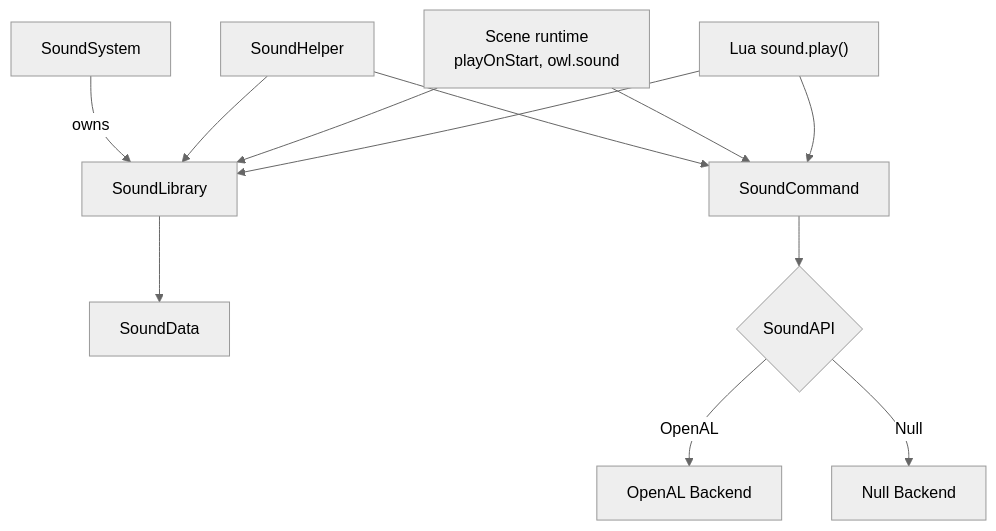
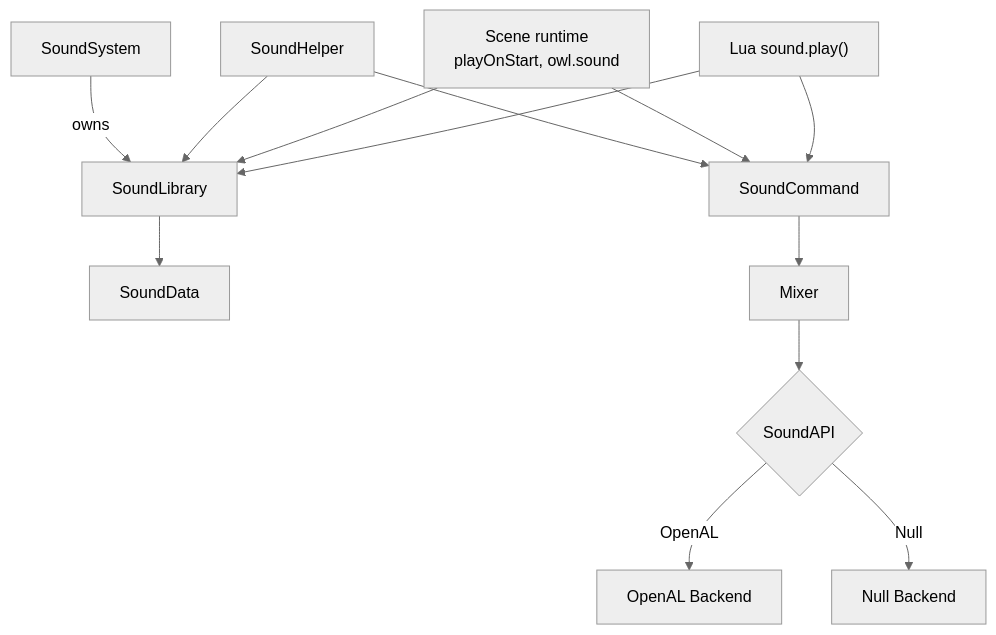
The first of 2 diagrams in doc/pages/sound.md (Silmaen/Owl), drawn with Mermaid (neutral theme) before and after one commit. The commit also changed other lines of this file and 109 other files, not shown here.

````diff
--- a/doc/pages/sound.md
+++ b/doc/pages/sound.md
@@ -16,14 +19,15 @@
 ```mermaid
 flowchart TD
     Lua["Lua sound.play()"] --> SC[SoundCommand]
     Scene["Scene runtime<br/>playOnStart, owl.sound"] --> SC
     SH[SoundHelper] --> SC
     Lua --> SL[SoundLibrary]
     Scene --> SL
     SH --> SL
     SY[SoundSystem] -->|owns| SL
     SL --> SD[SoundData]
-    SC --> API{SoundAPI}
+    SC --> MX[Mixer]
+    MX --> API{SoundAPI}
     API -->|OpenAL| OAL[OpenAL Backend]
     API -->|Null| NUL[Null Backend]
 ```
````
